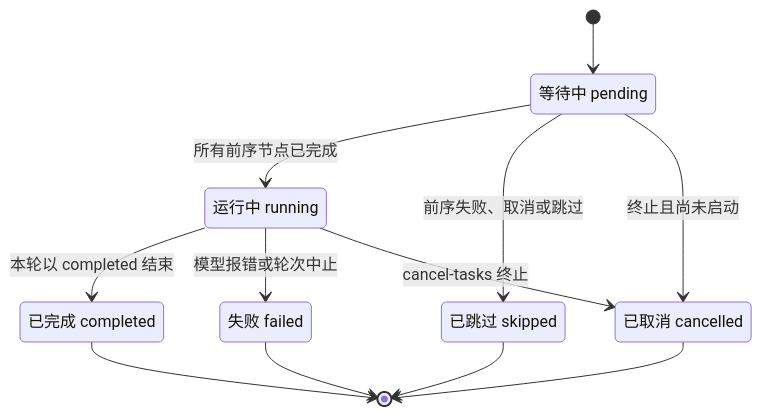
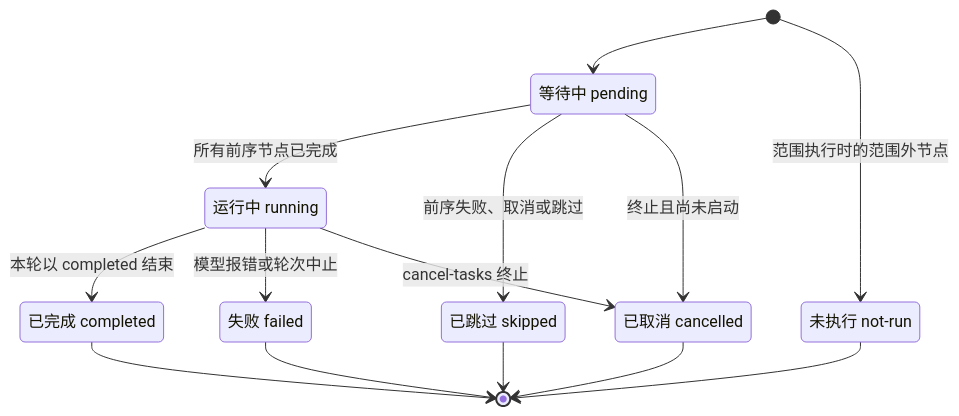
One commit to czyt1988/dsh-workflow-orchestrator changed the diagram in docs/user/stopping-and-errors.md. Above: the diagram before and after it, drawn with Mermaid. The commit also changed other lines of this file and 32 other files, not shown here.

````diff
--- a/docs/user/stopping-and-errors.md
+++ b/docs/user/stopping-and-errors.md
@@ -43,20 +43,23 @@
 ```mermaid
 stateDiagram-v2
   state "等待中 pending" as Pending
   state "运行中 running" as Running
   state "已完成 completed" as Completed
   state "失败 failed" as Failed
   state "已跳过 skipped" as Skipped
   state "已取消 cancelled" as Cancelled
+  state "未执行 not-run" as NotRun
   [*] --> Pending
+  [*] --> NotRun: 范围执行时的范围外节点
   Pending --> Running: 所有前序节点已完成
   Pending --> Skipped: 前序失败、取消或跳过
   Pending --> Cancelled: 终止且尚未启动
   Running --> Completed: 本轮以 completed 结束
   Running --> Failed: 模型报错或轮次中止
   Running --> Cancelled: cancel-tasks 终止
   Completed --> [*]
   Failed --> [*]
   Skipped --> [*]
   Cancelled --> [*]
+  NotRun --> [*]
 ```
````
